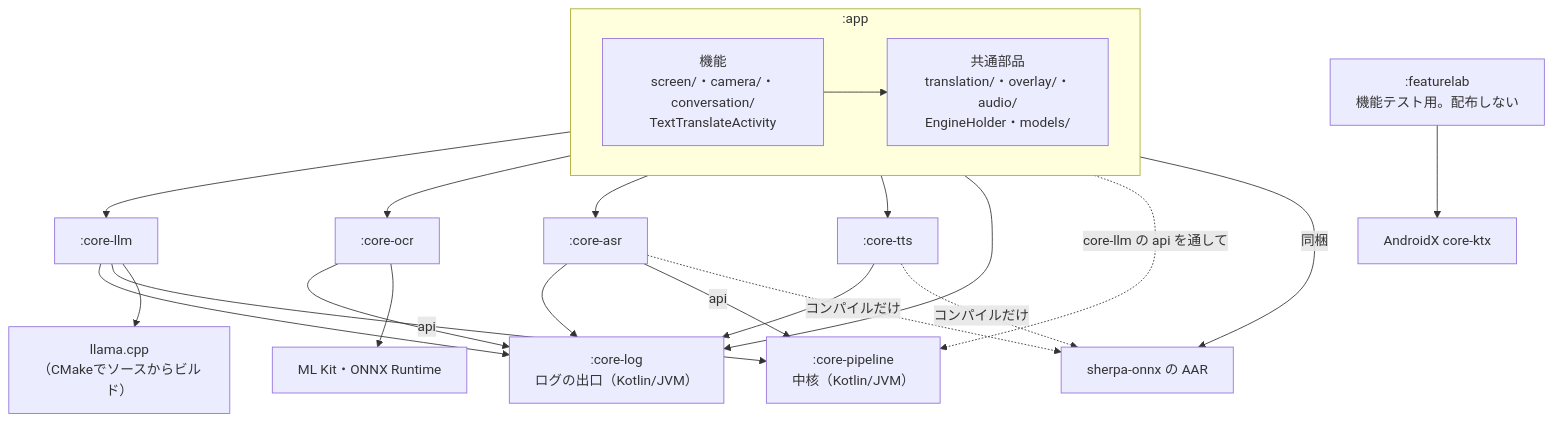
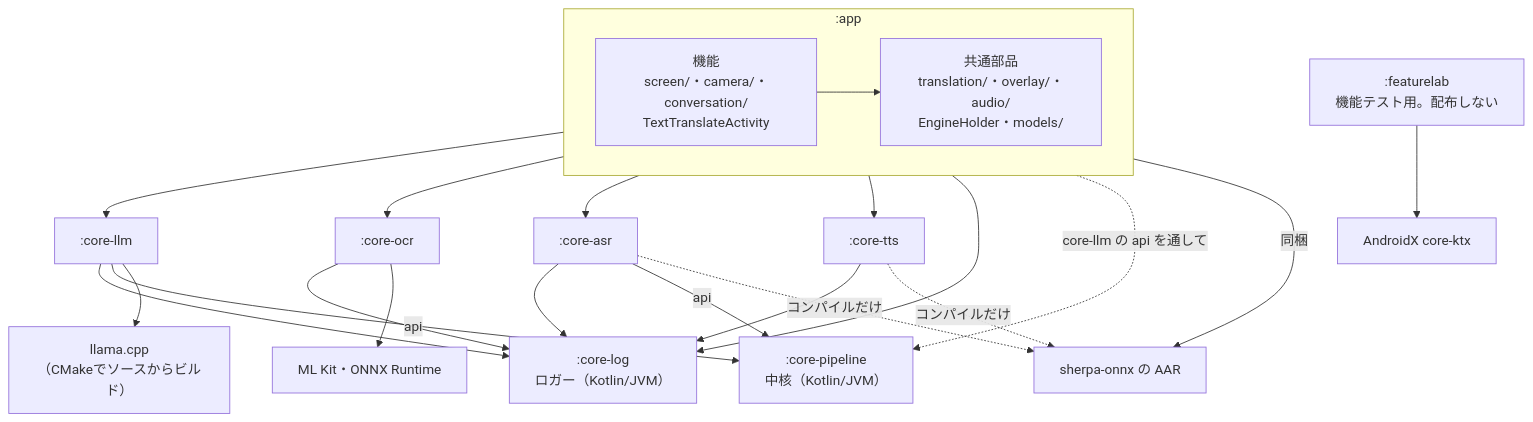
One commit to kagerouttepaso/PlamoTranslate changed the first of 5 diagrams in docs/設計/アーキテクチャ.md. Above: the diagram before and after it, drawn with Mermaid. The commit also changed other lines of this file and 192 other files, not shown here.

````diff
--- a/docs/設計/アーキテクチャ.md
+++ b/docs/設計/アーキテクチャ.md
@@ -54,25 +88,25 @@
 ```mermaid
 flowchart TB
   subgraph APP[":app"]
     FEAT["機能<br>screen/・camera/・conversation/<br>TextTranslateActivity"]
     SHARED["共通部品<br>translation/・overlay/・audio/<br>EngineHolder・models/"]
     FEAT --> SHARED
   end
   PIPE[":core-pipeline<br>中核（Kotlin/JVM）"]
   LLM[":core-llm"]
   OCR[":core-ocr"]
   ASR[":core-asr"]
   TTS[":core-tts"]
-  LOG[":core-log<br>ログの出口（Kotlin/JVM）"]
+  LOG[":core-log<br>ロガー（Kotlin/JVM）"]
   LAB[":featurelab<br>機能テスト用。配布しない"]
   APP --> LLM & OCR & ASR & TTS
   APP & LLM & OCR & ASR & TTS --> LOG
   APP -. core-llm の api を通して .-> PIPE
   LLM -- api --> PIPE
   LLM --> LLAMA["llama.cpp<br>（CMakeでソースからビルド）"]
   OCR --> MLK["ML Kit・ONNX Runtime"]
   ASR -- api --> PIPE
   ASR & TTS -. コンパイルだけ .-> SHE["sherpa-onnx の AAR"]
   APP -- 同梱 --> SHE
   LAB --> CORE["AndroidX core-ktx"]
 ```
````
